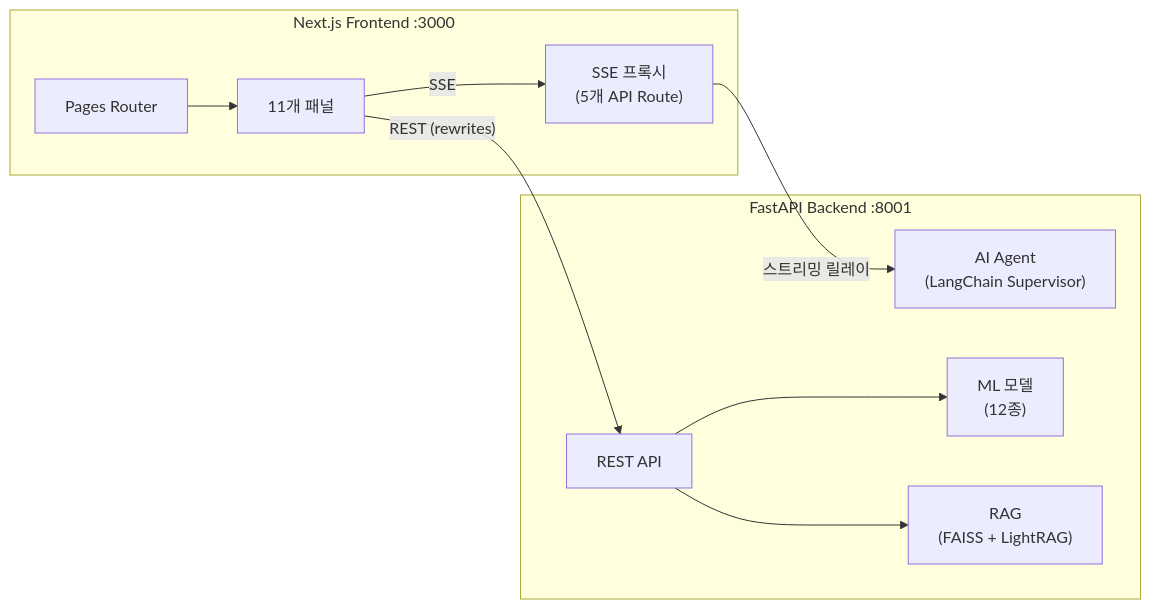
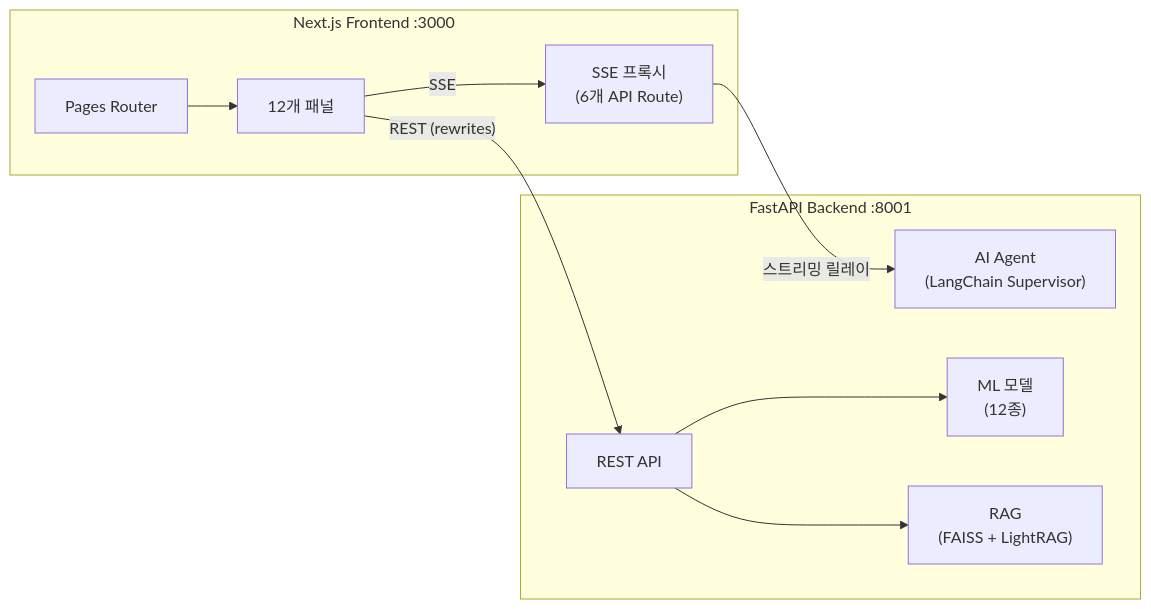
Before and after one commit to ASNGG/cafe24-demo: the first of 15 diagrams in nextjs/README.md, drawn with Mermaid. The commit also changed other lines of this file and 12 other files, not shown here.

First line of the commit message:
feat: v9.8 셀러 컨설팅 에이전트 (4단계 멀티스텝 워크플로우)

````diff
--- a/nextjs/README.md
+++ b/nextjs/README.md
@@ -59,22 +60,22 @@
 ```mermaid
 graph LR
     subgraph Frontend["Next.js Frontend :3000"]
         Pages["Pages Router"]
-        Panels["11개 패널"]
-        SSEProxy["SSE 프록시<br/>(5개 API Route)"]
+        Panels["12개 패널"]
+        SSEProxy["SSE 프록시<br/>(6개 API Route)"]
     end
 
     subgraph Backend["FastAPI Backend :8001"]
         API["REST API"]
         Agent["AI Agent<br/>(LangChain Supervisor)"]
         ML["ML 모델<br/>(12종)"]
         RAG["RAG<br/>(FAISS + LightRAG)"]
     end
 
     Pages --> Panels
     Panels -->|"REST (rewrites)"| API
     Panels -->|"SSE"| SSEProxy
     SSEProxy -->|"스트리밍 릴레이"| Agent
     API --> ML
     API --> RAG
 ```
````
